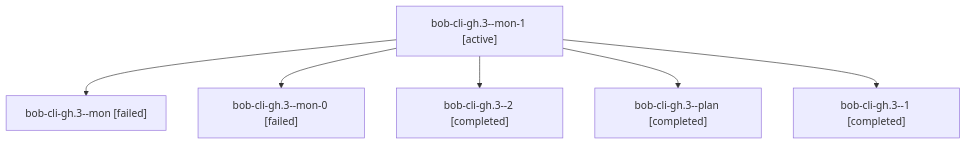
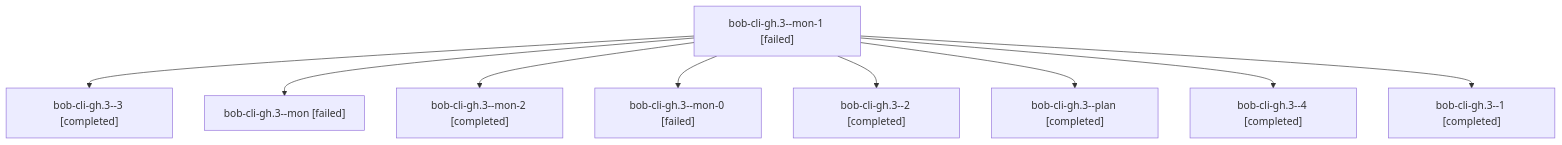
The diagram in sessions/bbugyi200.athena.bob-cli-gh.3.md (bobs-org/bob-cli--agents), drawn with Mermaid before and after one commit. The commit also changed other lines of this file and 46 other files, not shown here.

````diff
--- a/sessions/bbugyi200.athena.bob-cli-gh.3.md
+++ b/sessions/bbugyi200.athena.bob-cli-gh.3.md
@@ -9,14 +9,20 @@
 ```mermaid
 flowchart TD
-  n0["bob-cli-gh.3--mon-1 [active]"]
-  n1["bob-cli-gh.3--mon [failed]"]
+  n0["bob-cli-gh.3--mon-1 [failed]"]
+  n1["bob-cli-gh.3--3 [completed]"]
   n0 --> n1
-  n2["bob-cli-gh.3--mon-0 [failed]"]
+  n2["bob-cli-gh.3--mon [failed]"]
   n0 --> n2
-  n3["bob-cli-gh.3--2 [completed]"]
+  n3["bob-cli-gh.3--mon-2 [completed]"]
   n0 --> n3
-  n4["bob-cli-gh.3--plan [completed]"]
+  n4["bob-cli-gh.3--mon-0 [failed]"]
   n0 --> n4
-  n5["bob-cli-gh.3--1 [completed]"]
+  n5["bob-cli-gh.3--2 [completed]"]
   n0 --> n5
+  n6["bob-cli-gh.3--plan [completed]"]
+  n0 --> n6
+  n7["bob-cli-gh.3--4 [completed]"]
+  n0 --> n7
+  n8["bob-cli-gh.3--1 [completed]"]
+  n0 --> n8
 ```
````
